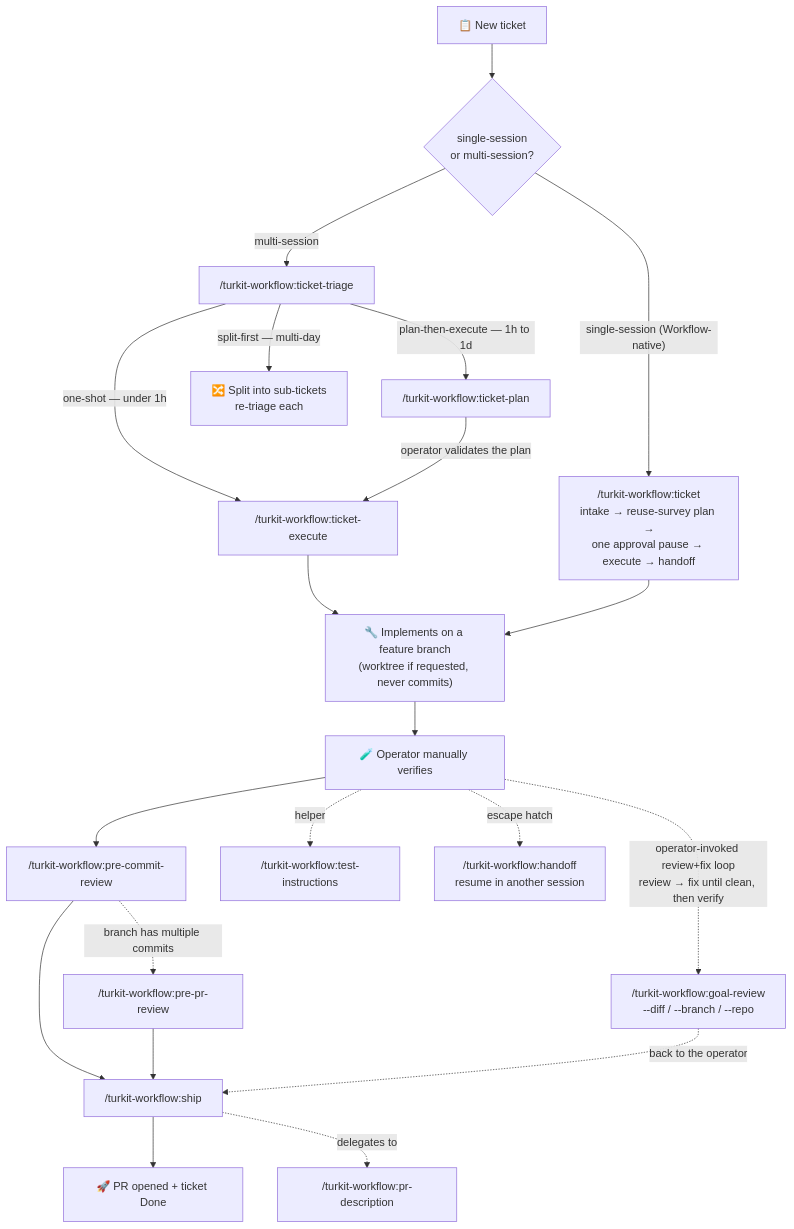
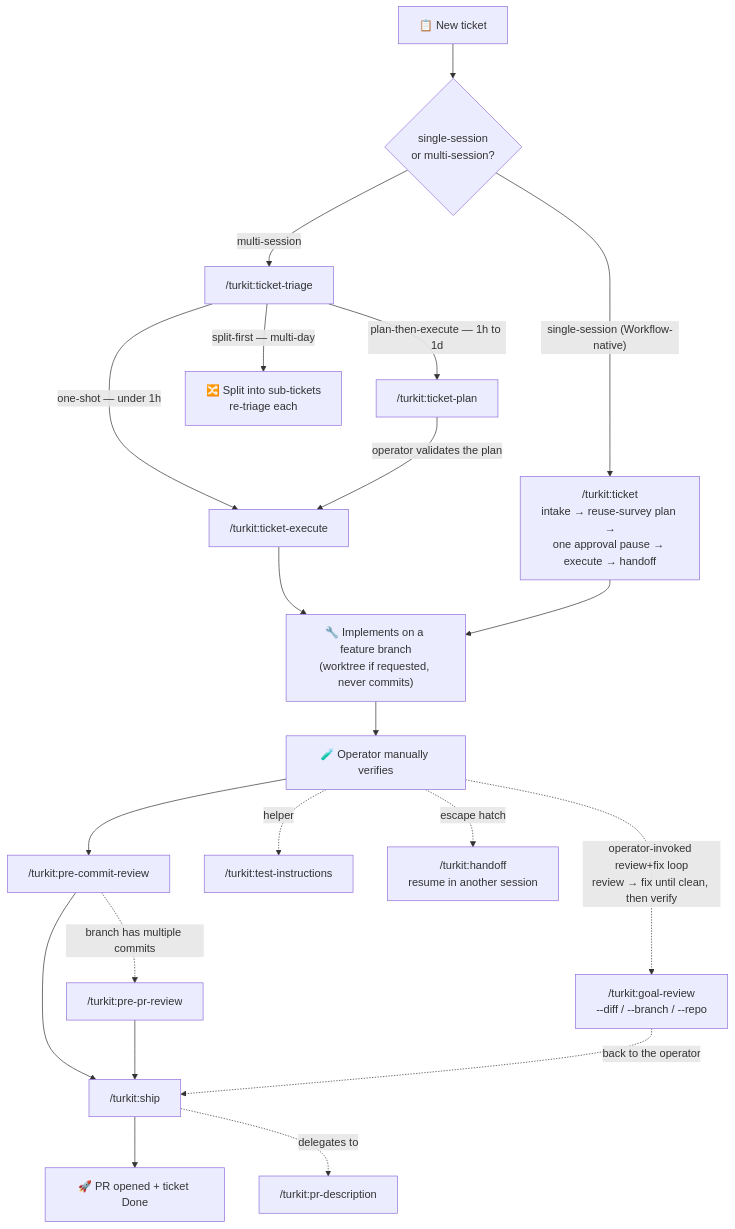
One commit to alimtunc/turkit changed the diagram in README.md. Above: the diagram before and after it, drawn with Mermaid. The commit also changed other lines of this file and 29 other files, not shown here.

````diff
--- a/README.md
+++ b/README.md
@@ -30,28 +32,28 @@
 ```mermaid
 flowchart TD
     A["📋 New ticket"] --> CHOICE{"single-session<br/>or multi-session?"}
 
-    CHOICE -->|"single-session (Workflow-native)"| TK["/turkit-workflow:ticket<br/>intake → reuse-survey plan →<br/>one approval pause → execute → handoff"]
-    CHOICE -->|"multi-session"| T["/turkit-workflow:ticket-triage"]
+    CHOICE -->|"single-session (Workflow-native)"| TK["/turkit:ticket<br/>intake → reuse-survey plan →<br/>one approval pause → execute → handoff"]
+    CHOICE -->|"multi-session"| T["/turkit:ticket-triage"]
 
-    T -->|"one-shot — under 1h"| E["/turkit-workflow:ticket-execute"]
-    T -->|"plan-then-execute — 1h to 1d"| P["/turkit-workflow:ticket-plan"]
+    T -->|"one-shot — under 1h"| E["/turkit:ticket-execute"]
+    T -->|"plan-then-execute — 1h to 1d"| P["/turkit:ticket-plan"]
     T -->|"split-first — multi-day"| S["🔀 Split into sub-tickets<br/>re-triage each"]
 
     P -->|"operator validates the plan"| E
     E --> W["🔧 Implements on a feature branch<br/>(worktree if requested, never commits)"]
     TK --> W
     W --> V["🧪 Operator manually verifies"]
 
-    V -. "operator-invoked review+fix loop<br/>review → fix until clean, then verify" .-> GR["/turkit-workflow:goal-review<br/>--diff / --branch / --repo"]
-    V --> PCR["/turkit-workflow:pre-commit-review"]
-    PCR -. "branch has multiple commits" .-> PPR["/turkit-workflow:pre-pr-review"]
-    PCR --> SHIP["/turkit-workflow:ship"]
+    V -. "operator-invoked review+fix loop<br/>review → fix until clean, then verify" .-> GR["/turkit:goal-review<br/>--diff / --branch / --repo"]
+    V --> PCR["/turkit:pre-commit-review"]
+    PCR -. "branch has multiple commits" .-> PPR["/turkit:pre-pr-review"]
+    PCR --> SHIP["/turkit:ship"]
     PPR --> SHIP
     GR -. "back to the operator" .-> SHIP
     SHIP --> DONE["🚀 PR opened + ticket Done"]
 
-    V -. "helper" .-> TI["/turkit-workflow:test-instructions"]
-    SHIP -. "delegates to" .-> PRD["/turkit-workflow:pr-description"]
-    V -. "escape hatch" .-> HO["/turkit-workflow:handoff<br/>resume in another session"]
+    V -. "helper" .-> TI["/turkit:test-instructions"]
+    SHIP -. "delegates to" .-> PRD["/turkit:pr-description"]
+    V -. "escape hatch" .-> HO["/turkit:handoff<br/>resume in another session"]
 ```
````
